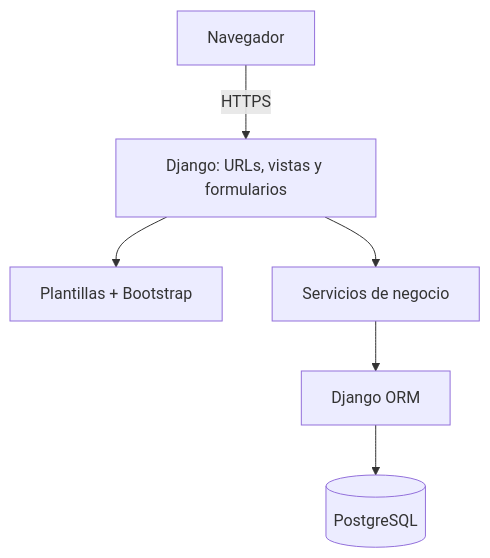
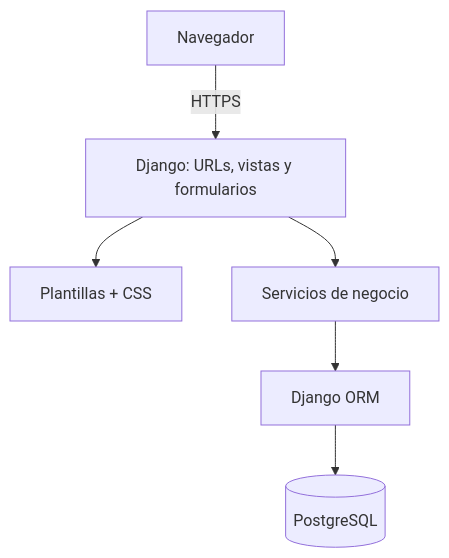
One commit to WreckerSg/CleanIt changed the diagram in docs/diagramas/arquitectura.mmd. Above: the diagram before and after it, drawn with Mermaid. The commit also changed other lines of this file and 48 other files, not shown here.

```diff
--- a/docs/diagramas/arquitectura.mmd
+++ b/docs/diagramas/arquitectura.mmd
@@ -1,6 +1,6 @@
 flowchart TD
     B["Navegador"] -->|HTTPS| W["Django: URLs, vistas y formularios"]
-    W --> P["Plantillas + Bootstrap"]
+    W --> P["Plantillas + CSS"]
     W --> S["Servicios de negocio"]
     S --> O["Django ORM"]
     O --> DB[(PostgreSQL)]
```
